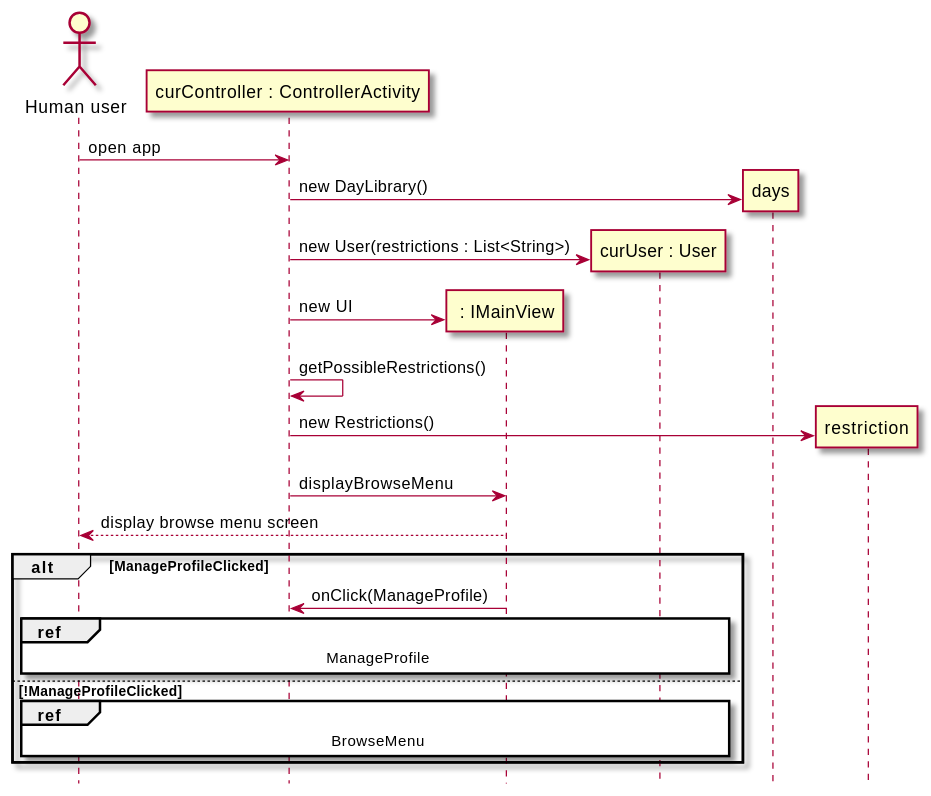
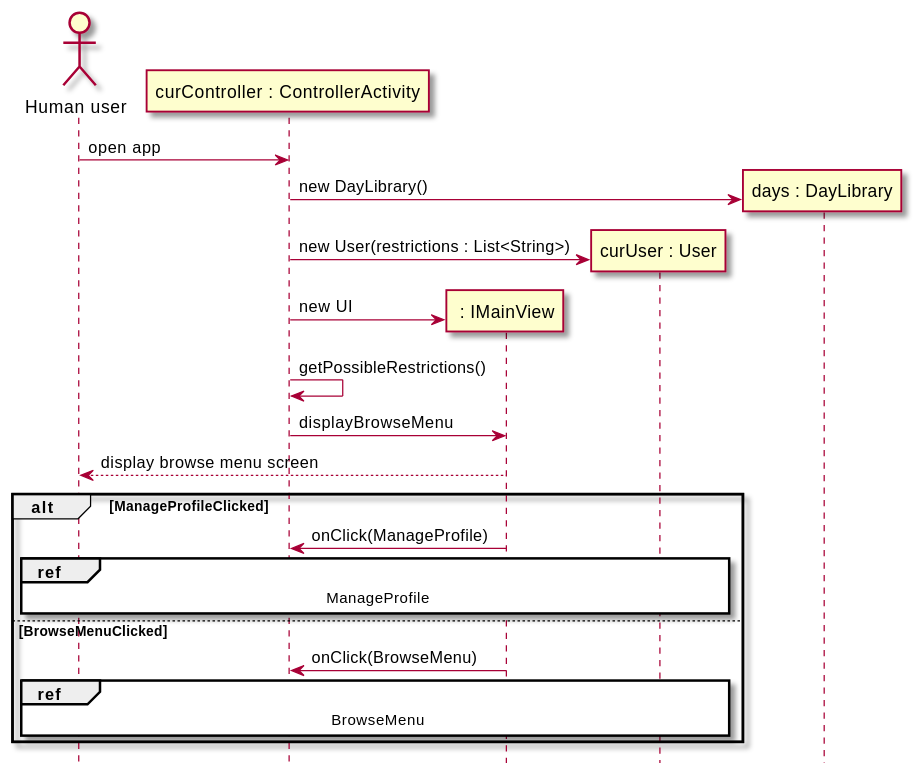
The fourth of 6 diagrams in intellij/doc/design.md (sashap100/Vassar-Dining-App), drawn with PlantUML before and after one commit. The commit also changed other lines of this file, not shown here.

Commit message:
Completed all sequence diagrams for current functionality

````diff
--- a/intellij/doc/design.md
+++ b/intellij/doc/design.md
@@ -256,29 +257,30 @@
 ```plantuml
 @startuml
 skin rose
 hide footbox
 
 actor "Human user" as human
 participant "curController : ControllerActivity" as controller
 participant " : IMainView" as ui
 participant "curUser : User" as user
+participant "days : DayLibrary" as days
 
 human -> controller : open app
 controller -> days **: new DayLibrary()
 controller -> user **: new User(restrictions : List<String>)
 controller -> ui **: new UI
 controller -> controller : getPossibleRestrictions()
-controller -> restriction **: new Restrictions()
 controller -> ui : displayBrowseMenu
 ui --> human : display browse menu screen
 alt ManageProfileClicked
     ui -> controller : onClick(ManageProfile)
     ref over human,controller,ui,user
     ManageProfile
     end ref
-else !ManageProfileClicked
+else BrowseMenuClicked
+    ui -> controller : onClick(BrowseMenu)
     ref over human,controller,ui,user
     BrowseMenu
     end ref
 end
 ```
````
